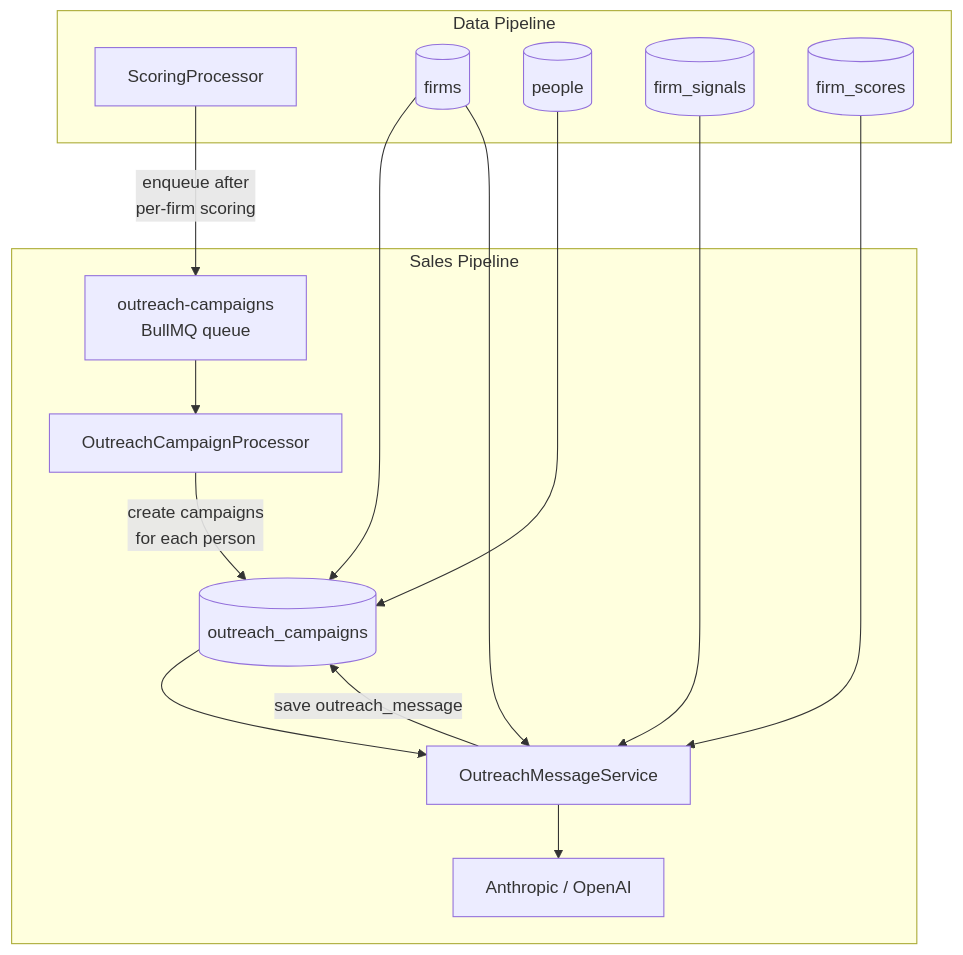
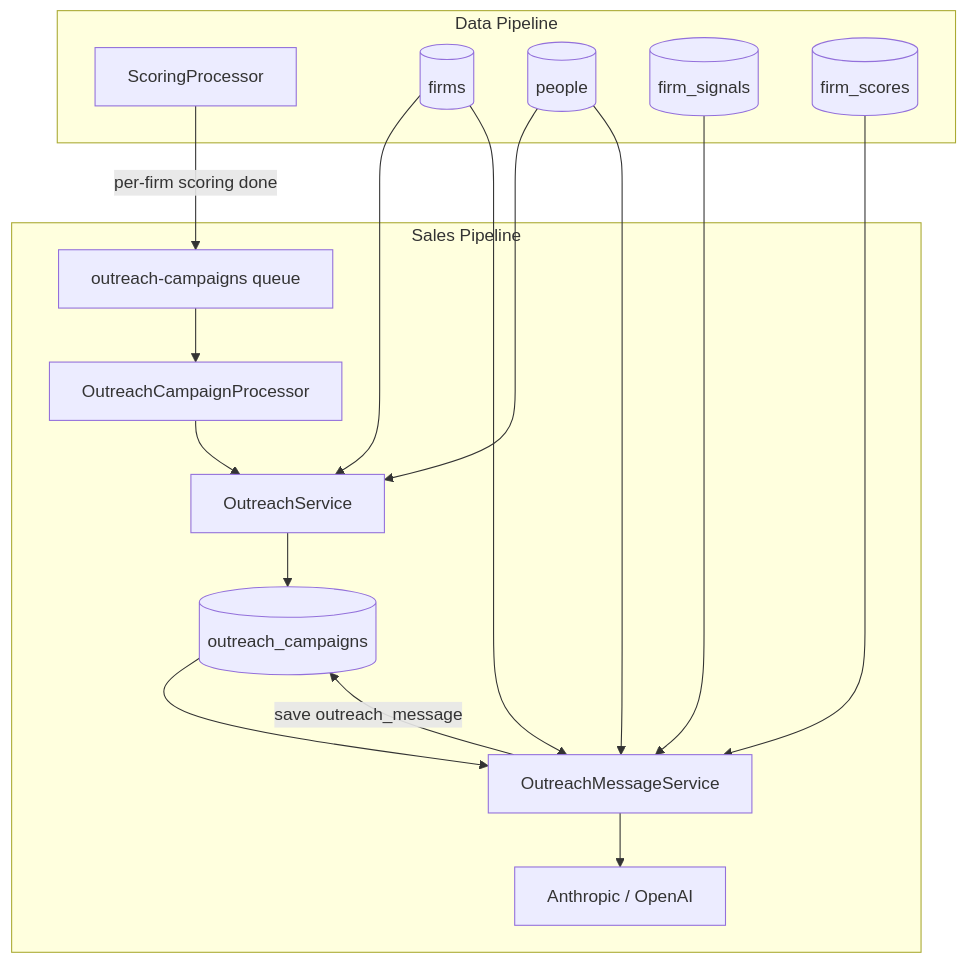
One commit to GuilhermeDaSilvaFerreira/ai-usage-scraper changed the first of 3 diagrams in backend/docs/sales-pipeline/ARCHITECTURE.md. Above: the diagram before and after it, drawn with Mermaid. The commit also changed other lines of this file and 7 other files, not shown here.

````diff
--- a/backend/docs/sales-pipeline/ARCHITECTURE.md
+++ b/backend/docs/sales-pipeline/ARCHITECTURE.md
@@ -7,30 +7,32 @@
 ```mermaid
 flowchart TB
-    subgraph dataPipeline [Data Pipeline]
-        SCORING[ScoringProcessor]
+    subgraph data [Data Pipeline]
+        SCP[ScoringProcessor]
         FIRMS[(firms)]
         PEOPLE[(people)]
         SIGNALS[(firm_signals)]
         SCORES[(firm_scores)]
     end
 
-    subgraph salesPipeline [Sales Pipeline]
-        OQ["outreach-campaigns\nBullMQ queue"]
+    subgraph sales [Sales Pipeline]
+        OQ[outreach-campaigns queue]
         OCP[OutreachCampaignProcessor]
-        OUTREACH[(outreach_campaigns)]
-        MSG[OutreachMessageService]
+        OS[OutreachService]
+        OMS[OutreachMessageService]
         LLM[Anthropic / OpenAI]
+        DB[(outreach_campaigns)]
     end
 
-    SCORING -->|"enqueue after\nper-firm scoring"| OQ
-    OQ --> OCP
-    OCP -->|"create campaigns\nfor each person"| OUTREACH
-    FIRMS --> OUTREACH
-    PEOPLE --> OUTREACH
-    OUTREACH --> MSG
-    FIRMS --> MSG
-    SIGNALS --> MSG
-    SCORES --> MSG
-    MSG --> LLM
-    MSG -->|"save outreach_message"| OUTREACH
+    SCP -->|per-firm scoring done| OQ
+    OQ --> OCP --> OS --> DB
+    PEOPLE --> OS
+    FIRMS --> OS
+
+    DB --> OMS
+    FIRMS --> OMS
+    PEOPLE --> OMS
+    SIGNALS --> OMS
+    SCORES --> OMS
+    OMS --> LLM
+    OMS -->|save outreach_message| DB
 ```
````
